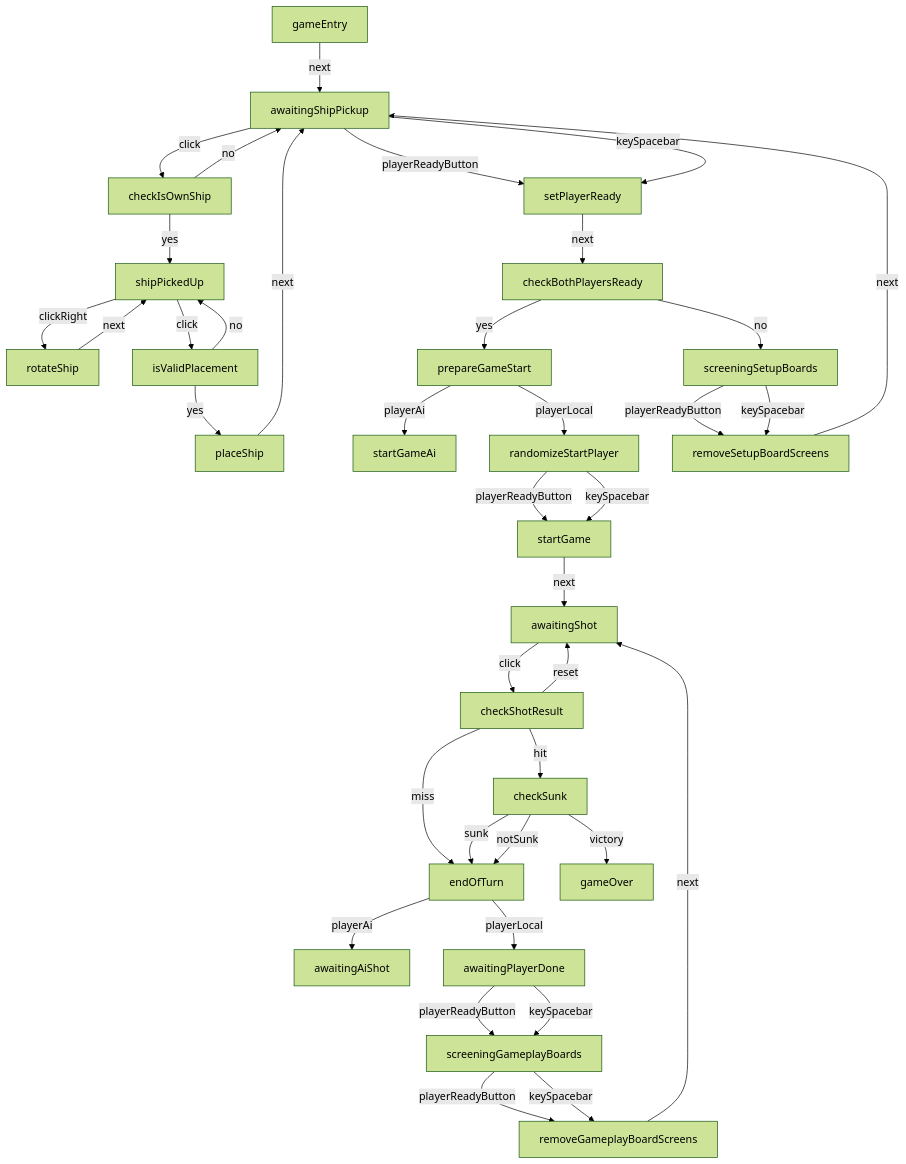
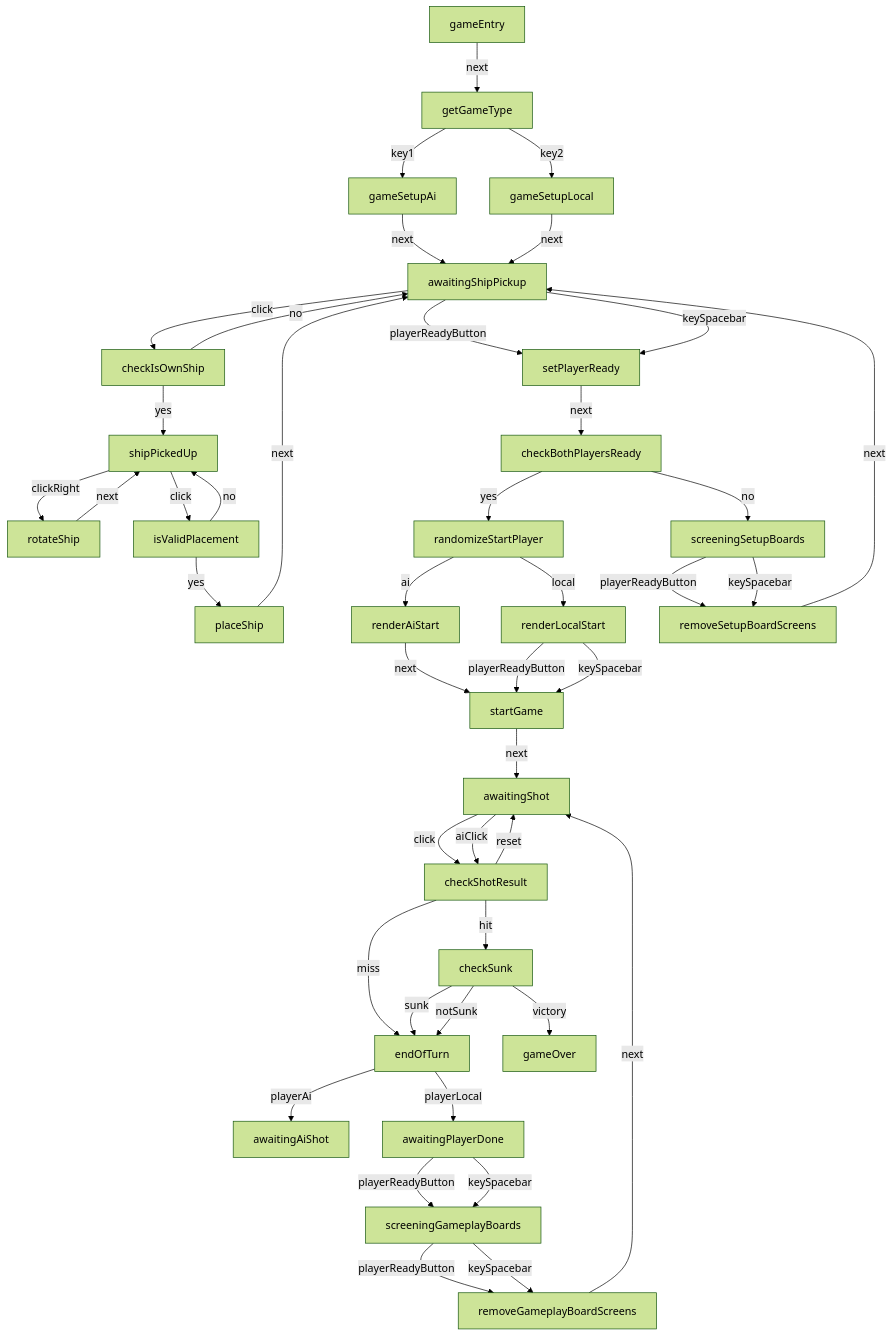
The diagram in statemap.md (pgoshulak/battleship), drawn with Mermaid (forest theme) before and after one commit. The commit also changed 1 other file, not shown here.

Commit message:
Fix procedure for starting AI and local games

````diff
--- a/statemap.md
+++ b/statemap.md
@@ -3,40 +3,46 @@
 ```mermaid
 graph TD;
-gameEntry[gameEntry] -- next --> awaitingShipPickup[awaitingShipPickup] ;
+gameEntry[gameEntry] -- next --> getGameType[getGameType] ;
+getGameType[getGameType] -- key1 --> gameSetupAi[gameSetupAi] ;
+getGameType[getGameType] -- key2 --> gameSetupLocal[gameSetupLocal] ;
+gameSetupAi[gameSetupAi] -- next --> awaitingShipPickup[awaitingShipPickup] ;
+gameSetupLocal[gameSetupLocal] -- next --> awaitingShipPickup[awaitingShipPickup] ;
 awaitingShipPickup[awaitingShipPickup] -- click --> checkIsOwnShip[checkIsOwnShip] ;
 awaitingShipPickup[awaitingShipPickup] -- playerReadyButton --> setPlayerReady[setPlayerReady] ;
 awaitingShipPickup[awaitingShipPickup] -- keySpacebar --> setPlayerReady[setPlayerReady] ;
 checkIsOwnShip[checkIsOwnShip] -- yes --> shipPickedUp[shipPickedUp] ;
 checkIsOwnShip[checkIsOwnShip] -- no --> awaitingShipPickup[awaitingShipPickup] ;
 shipPickedUp[shipPickedUp] -- clickRight --> rotateShip[rotateShip] ;
 shipPickedUp[shipPickedUp] -- click --> isValidPlacement[isValidPlacement] ;
 rotateShip[rotateShip] -- next --> shipPickedUp[shipPickedUp] ;
 isValidPlacement[isValidPlacement] -- yes --> placeShip[placeShip] ;
 isValidPlacement[isValidPlacement] -- no --> shipPickedUp[shipPickedUp] ;
 placeShip[placeShip] -- next --> awaitingShipPickup[awaitingShipPickup] ;
 setPlayerReady[setPlayerReady] -- next --> checkBothPlayersReady[checkBothPlayersReady] ;
-checkBothPlayersReady[checkBothPlayersReady] -- yes --> prepareGameStart[prepareGameStart] ;
+checkBothPlayersReady[checkBothPlayersReady] -- yes --> randomizeStartPlayer[randomizeStartPlayer] ;
 checkBothPlayersReady[checkBothPlayersReady] -- no --> screeningSetupBoards[screeningSetupBoards] ;
-prepareGameStart[prepareGameStart] -- playerAi --> startGameAi[startGameAi] ;
-prepareGameStart[prepareGameStart] -- playerLocal --> randomizeStartPlayer[randomizeStartPlayer] ;
-randomizeStartPlayer[randomizeStartPlayer] -- playerReadyButton --> startGame[startGame] ;
-randomizeStartPlayer[randomizeStartPlayer] -- keySpacebar --> startGame[startGame] ;
+randomizeStartPlayer[randomizeStartPlayer] -- ai --> renderAiStart[renderAiStart] ;
+randomizeStartPlayer[randomizeStartPlayer] -- local --> renderLocalStart[renderLocalStart] ;
+renderAiStart[renderAiStart] -- next --> startGame[startGame] ;
+renderLocalStart[renderLocalStart] -- playerReadyButton --> startGame[startGame] ;
+renderLocalStart[renderLocalStart] -- keySpacebar --> startGame[startGame] ;
 startGame[startGame] -- next --> awaitingShot[awaitingShot] ;
 screeningSetupBoards[screeningSetupBoards] -- playerReadyButton --> removeSetupBoardScreens[removeSetupBoardScreens] ;
 screeningSetupBoards[screeningSetupBoards] -- keySpacebar --> removeSetupBoardScreens[removeSetupBoardScreens] ;
 removeSetupBoardScreens[removeSetupBoardScreens] -- next --> awaitingShipPickup[awaitingShipPickup] ;
 awaitingShot[awaitingShot] -- click --> checkShotResult[checkShotResult] ;
+awaitingShot[awaitingShot] -- aiClick --> checkShotResult[checkShotResult] ;
 checkShotResult[checkShotResult] -- reset --> awaitingShot[awaitingShot] ;
 checkShotResult[checkShotResult] -- miss --> endOfTurn[endOfTurn] ;
 checkShotResult[checkShotResult] -- hit --> checkSunk[checkSunk] ;
 checkSunk[checkSunk] -- victory --> gameOver[gameOver] ;
 checkSunk[checkSunk] -- sunk --> endOfTurn[endOfTurn] ;
 checkSunk[checkSunk] -- notSunk --> endOfTurn[endOfTurn] ;
 endOfTurn[endOfTurn] -- playerAi --> awaitingAiShot[awaitingAiShot] ;
 endOfTurn[endOfTurn] -- playerLocal --> awaitingPlayerDone[awaitingPlayerDone] ;
 awaitingPlayerDone[awaitingPlayerDone] -- playerReadyButton --> screeningGameplayBoards[screeningGameplayBoards] ;
 awaitingPlayerDone[awaitingPlayerDone] -- keySpacebar --> screeningGameplayBoards[screeningGameplayBoards] ;
 screeningGameplayBoards[screeningGameplayBoards] -- playerReadyButton --> removeGameplayBoardScreens[removeGameplayBoardScreens] ;
 screeningGameplayBoards[screeningGameplayBoards] -- keySpacebar --> removeGameplayBoardScreens[removeGameplayBoardScreens] ;
 removeGameplayBoardScreens[removeGameplayBoardScreens] -- next --> awaitingShot[awaitingShot] ;
 ```
````
